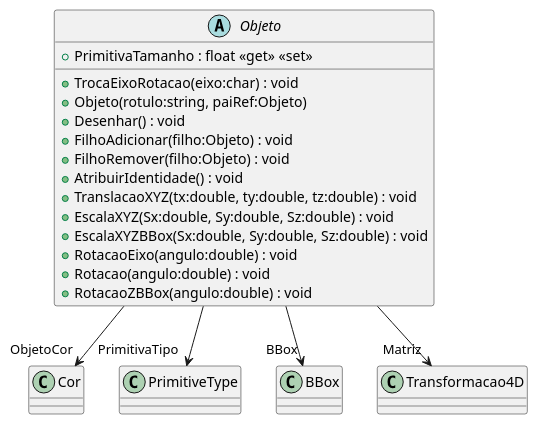
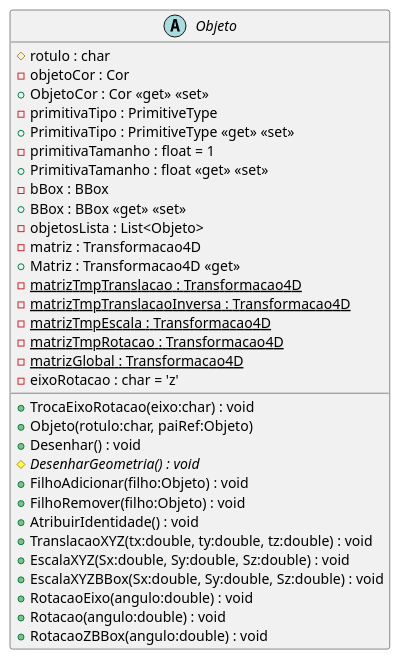
Before and after one commit to GCG-FURB/disciplinaCg_2020-2_not_equipe-01: the diagram in unidade_3/CG_N3/plantuml/Objeto.puml, drawn with PlantUML. The commit also changed 14 other files, not shown here.

Commit message:
Diagrama

```diff
--- a/unidade_3/CG_N3/plantuml/Objeto.puml
+++ b/unidade_3/CG_N3/plantuml/Objeto.puml
@@ -1,21 +1,35 @@
 @startuml
 abstract class Objeto {
+    # rotulo : char
+    - objetoCor : Cor
+    + ObjetoCor : Cor <<get>> <<set>>
+    - primitivaTipo : PrimitiveType
+    + PrimitivaTipo : PrimitiveType <<get>> <<set>>
+    - primitivaTamanho : float = 1
     + PrimitivaTamanho : float <<get>> <<set>>
+    - bBox : BBox
+    + BBox : BBox <<get>> <<set>>
+    - objetosLista : List<Objeto>
+    - matriz : Transformacao4D
+    + Matriz : Transformacao4D <<get>>
+    - {static} matrizTmpTranslacao : Transformacao4D
+    - {static} matrizTmpTranslacaoInversa : Transformacao4D
+    - {static} matrizTmpEscala : Transformacao4D
+    - {static} matrizTmpRotacao : Transformacao4D
+    - {static} matrizGlobal : Transformacao4D
+    - eixoRotacao : char = 'z'
     + TrocaEixoRotacao(eixo:char) : void
-    + Objeto(rotulo:string, paiRef:Objeto)
+    + Objeto(rotulo:char, paiRef:Objeto)
     + Desenhar() : void
+    # {abstract} DesenharGeometria() : void
     + FilhoAdicionar(filho:Objeto) : void
     + FilhoRemover(filho:Objeto) : void
     + AtribuirIdentidade() : void
     + TranslacaoXYZ(tx:double, ty:double, tz:double) : void
     + EscalaXYZ(Sx:double, Sy:double, Sz:double) : void
     + EscalaXYZBBox(Sx:double, Sy:double, Sz:double) : void
     + RotacaoEixo(angulo:double) : void
     + Rotacao(angulo:double) : void
     + RotacaoZBBox(angulo:double) : void
 }
-Objeto --> "ObjetoCor" Cor
-Objeto --> "PrimitivaTipo" PrimitiveType
-Objeto --> "BBox" BBox
-Objeto --> "Matriz" Transformacao4D
 @enduml
```
